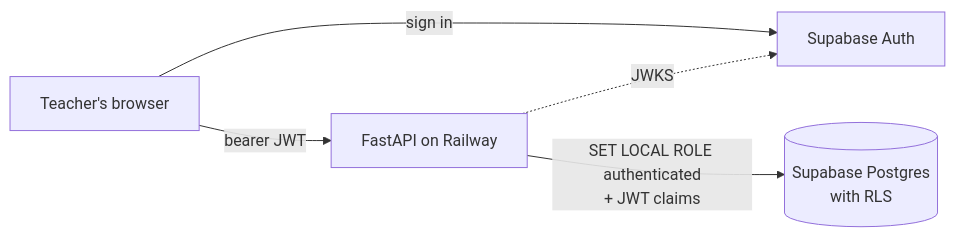
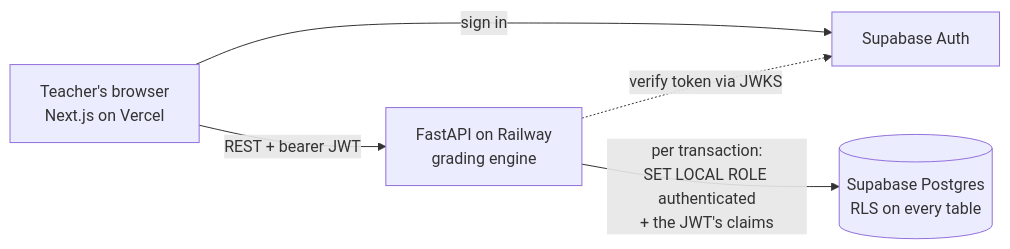
One commit to kiramichele/Gradebook-API changed the diagram in docs/case-study.md. Above: the diagram before and after it, drawn with Mermaid. The commit also changed other lines of this file and 13 other files, not shown here.

First line of the commit message:
Portfolio polish: API docs, demo login, architecture, case study

````diff
--- a/docs/case-study.md
+++ b/docs/case-study.md
@@ -24,7 +76,7 @@
 ```mermaid
 flowchart LR
-    T[Teacher's browser] -- sign in --> SA[Supabase Auth]
-    T -- "bearer JWT" --> API[FastAPI on Railway]
-    API -- "SET LOCAL ROLE authenticated<br/>+ JWT claims" --> PG[(Supabase Postgres<br/>with RLS)]
-    API -. JWKS .-> SA
+    B["Teacher's browser<br/>Next.js on Vercel"] -- sign in --> SA[Supabase Auth]
+    B -- "REST + bearer JWT" --> API["FastAPI on Railway<br/>grading engine"]
+    API -- "per transaction:<br/>SET LOCAL ROLE authenticated<br/>+ the JWT's claims" --> PG[("Supabase Postgres<br/>RLS on every table")]
+    API -. verify token via JWKS .-> SA
 ```
````
